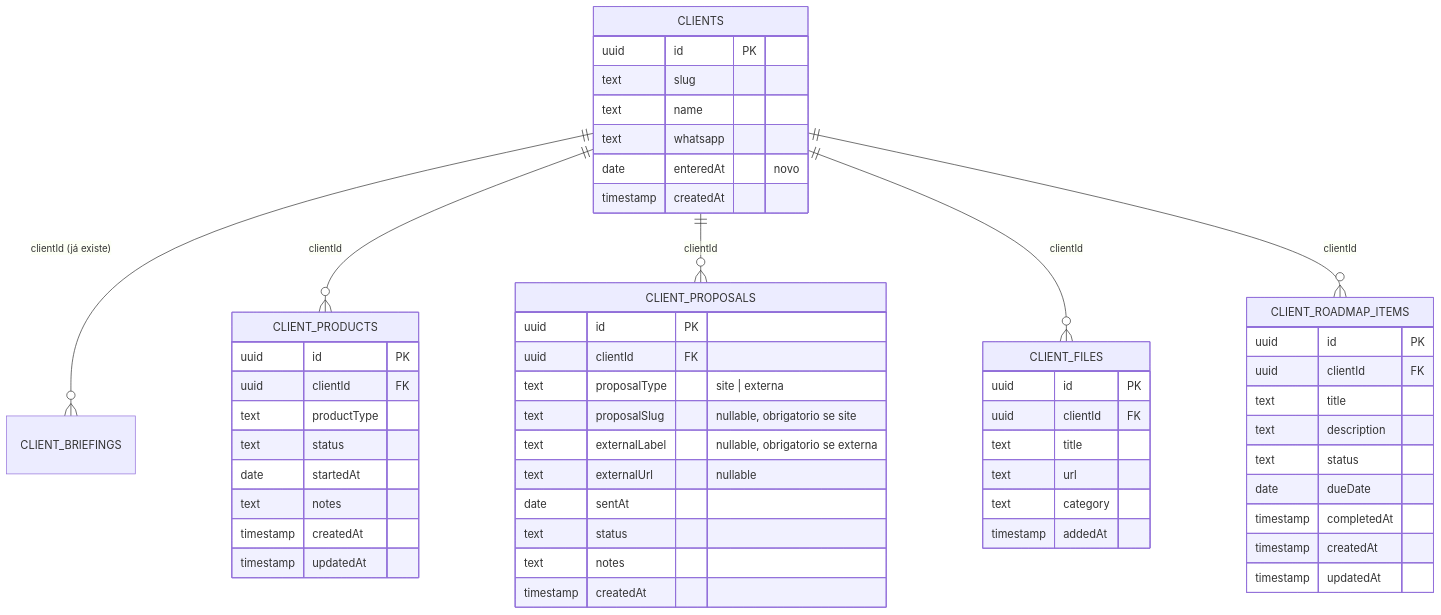
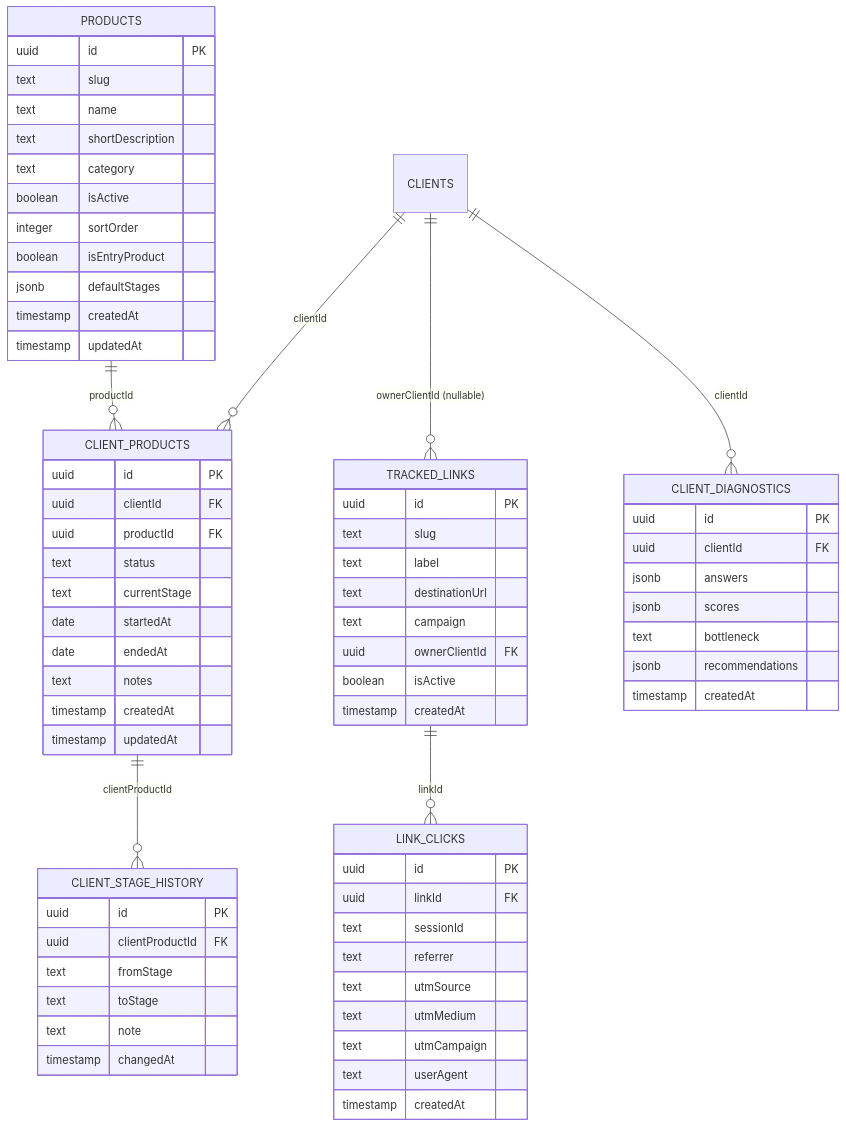
The diagram in specs/client-workspace/design.md (thiagovazvscode/brain-marketing), drawn with Mermaid before and after one commit. The commit also changed other lines of this file and 7 other files, not shown here.

First line of the commit message:
feat: schema da plataforma de operacao (produtos, estagio, links, diagnostico)

````diff
--- a/specs/client-workspace/design.md
+++ b/specs/client-workspace/design.md
@@ -21,58 +16,73 @@
 ```mermaid
 erDiagram
-    CLIENTS ||--o{ CLIENT_BRIEFINGS : "clientId (já existe)"
+    PRODUCTS ||--o{ CLIENT_PRODUCTS : "productId"
     CLIENTS ||--o{ CLIENT_PRODUCTS : "clientId"
-    CLIENTS ||--o{ CLIENT_PROPOSALS : "clientId"
-    CLIENTS ||--o{ CLIENT_FILES : "clientId"
-    CLIENTS ||--o{ CLIENT_ROADMAP_ITEMS : "clientId"
+    CLIENT_PRODUCTS ||--o{ CLIENT_STAGE_HISTORY : "clientProductId"
+    CLIENTS ||--o{ TRACKED_LINKS : "ownerClientId (nullable)"
+    TRACKED_LINKS ||--o{ LINK_CLICKS : "linkId"
+    CLIENTS ||--o{ CLIENT_DIAGNOSTICS : "clientId"
 
-    CLIENTS {
+    PRODUCTS {
         uuid id PK
         text slug
         text name
-        text whatsapp
-        date enteredAt "novo"
+        text shortDescription
+        text category
+        boolean isActive
+        integer sortOrder
+        boolean isEntryProduct
+        jsonb defaultStages
         timestamp createdAt
+        timestamp updatedAt
     }
     CLIENT_PRODUCTS {
         uuid id PK
         uuid clientId FK
-        text productType
+        uuid productId FK
         text status
+        text currentStage
         date startedAt
+        date endedAt
         text notes
         timestamp createdAt
         timestamp updatedAt
     }
-    CLIENT_PROPOSALS {
+    CLIENT_STAGE_HISTORY {
+        uuid id PK
+        uuid clientProductId FK
+        text fromStage
+        text toStage
+        text note
+        timestamp changedAt
+    }
+    TRACKED_LINKS {
+        uuid id PK
+        text slug
+        text label
+        text destinationUrl
+        text campaign
+        uuid ownerClientId FK
+        boolean isActive
+        timestamp createdAt
+    }
+    LINK_CLICKS {
+        uuid id PK
+        uuid linkId FK
+        text sessionId
+        text referrer
+        text utmSource
+        text utmMedium
+        text utmCampaign
+        text userAgent
+        timestamp createdAt
+    }
+    CLIENT_DIAGNOSTICS {
         uuid id PK
         uuid clientId FK
-        text proposalType "site | externa"
-        text proposalSlug "nullable, obrigatorio se site"
-        text externalLabel "nullable, obrigatorio se externa"
-        text externalUrl "nullable"
-        date sentAt
-        text status
-        text notes
+        jsonb answers
+        jsonb scores
+        text bottleneck
+        jsonb recommendations
         timestamp createdAt
     }
-    CLIENT_FILES {
-        uuid id PK
-        uuid clientId FK
-        text title
-        text url
-        text category
-        timestamp addedAt
-    }
-    CLIENT_ROADMAP_ITEMS {
-        uuid id PK
-        uuid clientId FK
-        text title
-        text description
-        text status
-        date dueDate
-        timestamp completedAt
-        timestamp createdAt
-        timestamp updatedAt
-    }
 ```
````
